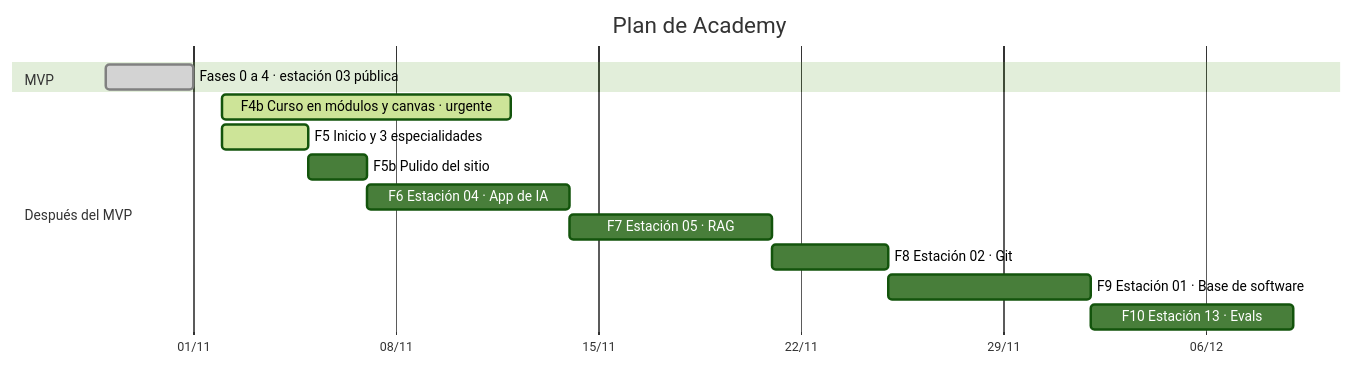
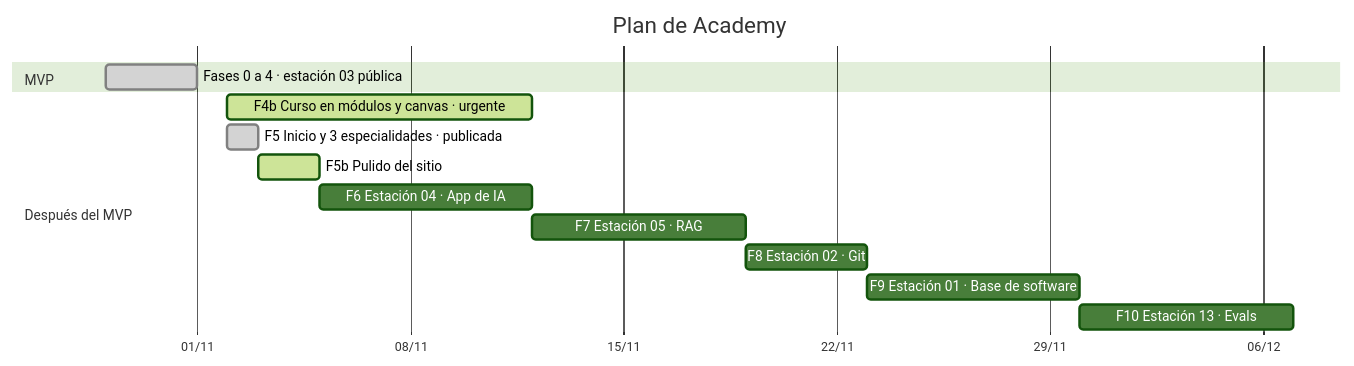
Before and after one commit to francoSW99/Academy: the diagram in AVANCE.md, drawn with Mermaid (forest theme). The commit also changed other lines of this file and 2 other files, not shown here.

First line of the commit message:
Fase 5: la manija del celular va a la izquierda; tablero publicado (pedido 54)

````diff
--- a/AVANCE.md
+++ b/AVANCE.md
@@ -65,17 +59,17 @@
 ```mermaid
 gantt
     title Plan de Academy
     dateFormat YYYY-MM-DD
     axisFormat %d/%m
     section MVP
     Fases 0 a 4 · estación 03 pública :done, mvp, 2026-10-29, 2026-11-01
     section Después del MVP
     F4b Curso en módulos y canvas · urgente :active, f4b, 2026-11-02, 10d
-    F5 Inicio y 3 especialidades :active, f5, 2026-11-02, 3d
-    F5b Pulido del sitio :f5b, after f5, 2d
+    F5 Inicio y 3 especialidades · publicada :done, f5, 2026-11-02, 1d
+    F5b Pulido del sitio :active, f5b, after f5, 2d
     F6 Estación 04 · App de IA :f6, after f5b, 7d
     F7 Estación 05 · RAG :f7, after f6, 7d
     F8 Estación 02 · Git :f8, after f7, 4d
     F9 Estación 01 · Base de software :f9, after f8, 7d
     F10 Estación 13 · Evals :f10, after f9, 7d
 ```
````
